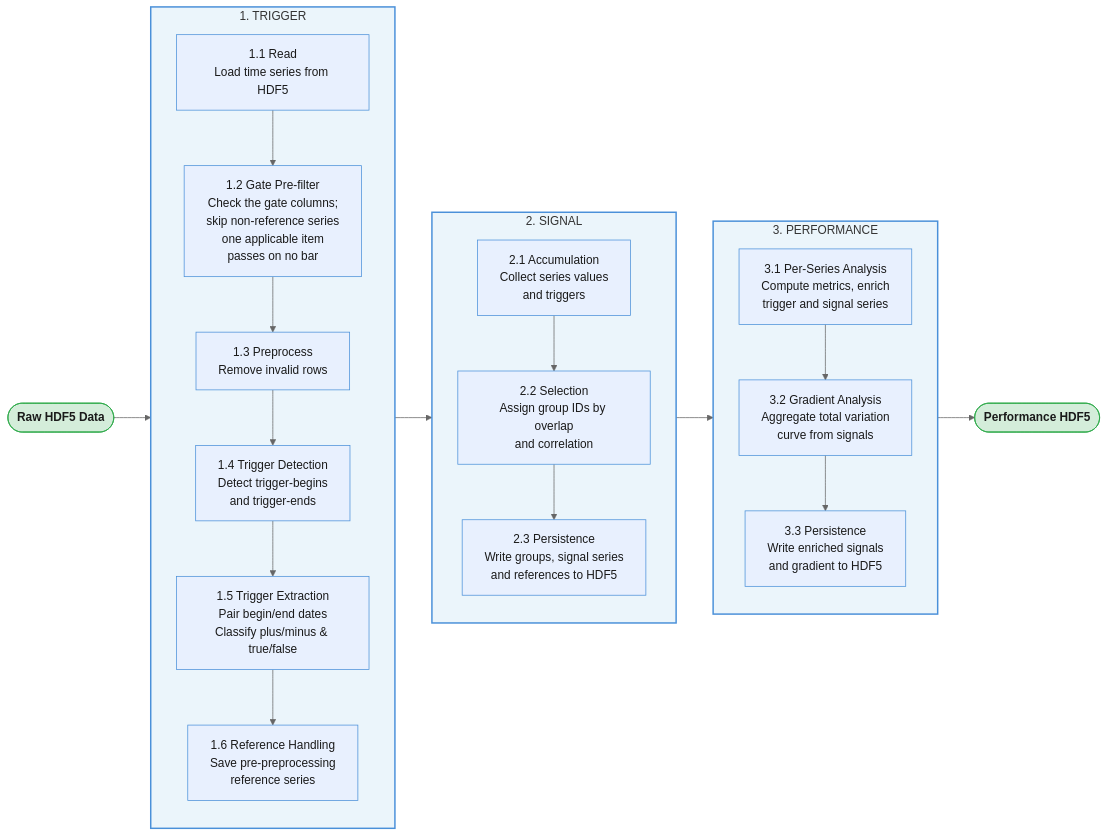
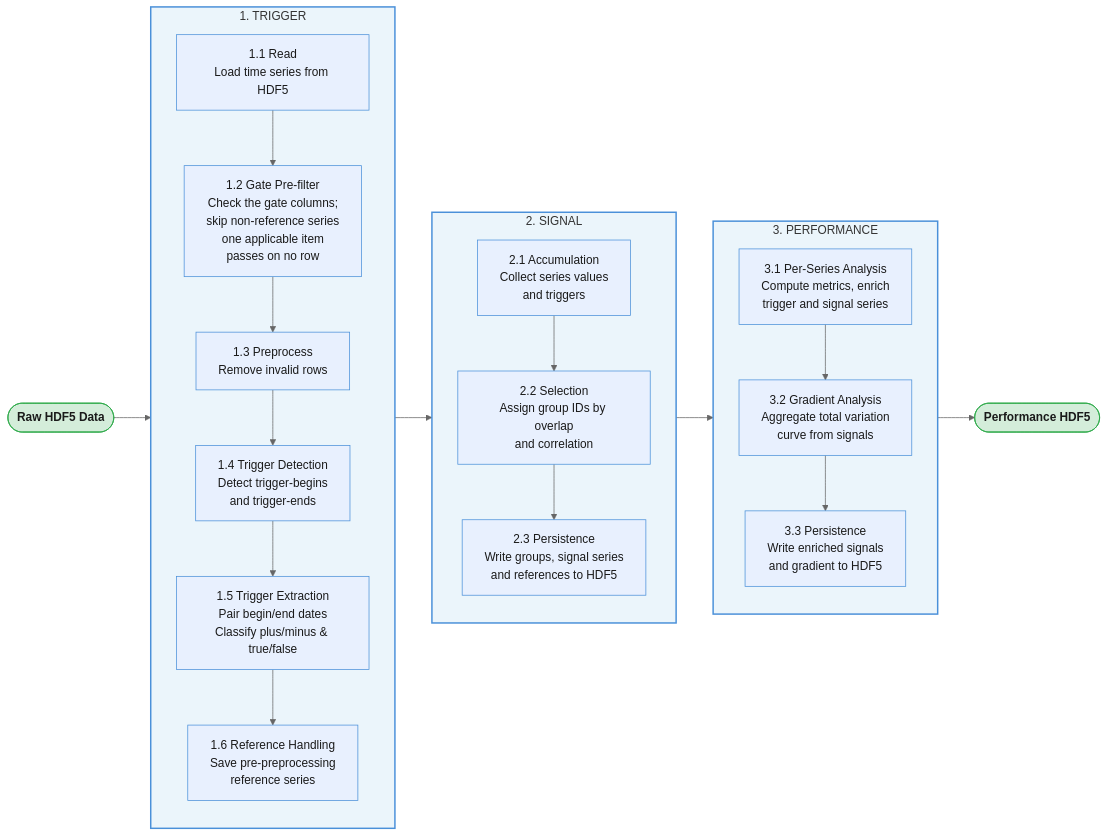
Before and after one commit to romeof/pythia: the diagram in docs/mmflowcharts/pipeline.mmd, drawn with Mermaid (neutral theme). The commit also changed 15 other files, not shown here.

First line of the commit message:
docs, pre-filter wording and the reference input path

```diff
--- a/docs/mmflowcharts/pipeline.mmd
+++ b/docs/mmflowcharts/pipeline.mmd
@@ -1,37 +1,37 @@
 flowchart LR
     START([Raw HDF5 Data])
 
     subgraph T ["1. TRIGGER"]
         direction TB
-        T1["1.1 Read<br/>Load time series from HDF5"] --> T2["1.2 Gate Pre-filter<br/>Check the gate columns;<br/>skip non-reference series<br/>one applicable item<br/>passes on no bar"] --> T3["1.3 Preprocess<br/>Remove invalid rows"] --> T4["1.4 Trigger Detection<br/>Detect trigger-begins<br/>and trigger-ends"] --> T5["1.5 Trigger Extraction<br/>Pair begin/end dates<br/>Classify plus/minus & true/false"] --> T6["1.6 Reference Handling<br/>Save pre-preprocessing<br/>reference series"]
+        T1["1.1 Read<br/>Load time series from HDF5"] --> T2["1.2 Gate Pre-filter<br/>Check the gate columns;<br/>skip non-reference series<br/>one applicable item<br/>passes on no row"] --> T3["1.3 Preprocess<br/>Remove invalid rows"] --> T4["1.4 Trigger Detection<br/>Detect trigger-begins<br/>and trigger-ends"] --> T5["1.5 Trigger Extraction<br/>Pair begin/end dates<br/>Classify plus/minus & true/false"] --> T6["1.6 Reference Handling<br/>Save pre-preprocessing<br/>reference series"]
     end
 
     subgraph S ["2. SIGNAL"]
         direction TB
         S1["2.1 Accumulation<br/>Collect series values<br/>and triggers"] --> S2["2.2 Selection<br/>Assign group IDs by overlap<br/>and correlation"] --> S3["2.3 Persistence<br/>Write groups, signal series<br/>and references to HDF5"]
     end
 
     subgraph P ["3. PERFORMANCE"]
         direction TB
         P1["3.1 Per-Series Analysis<br/>Compute metrics, enrich<br/>trigger and signal series"] --> P2["3.2 Gradient Analysis<br/>Aggregate total variation<br/>curve from signals"] --> P3["3.3 Persistence<br/>Write enriched signals<br/>and gradient to HDF5"]
     end
 
     ENDP([Performance HDF5])
 
     START --> T
     T --> S
     S --> P
     P --> ENDP
 
     %% ===== STYLES =====
     classDef subTask fill:#E8F0FE,stroke:#4A90D9,color:#1a1a1a
     classDef endpoint fill:#D4EDDA,stroke:#28A745,color:#1a1a1a,font-weight:bold
 
     class T1,T2,T3,T4,T5,T6 subTask
     class S1,S2,S3 subTask
     class P1,P2,P3 subTask
     class START,ENDP endpoint
 
     style T fill:#EBF5FB,stroke:#4A90D9,stroke-width:2px
     style S fill:#EBF5FB,stroke:#4A90D9,stroke-width:2px
     style P fill:#EBF5FB,stroke:#4A90D9,stroke-width:2px
```
